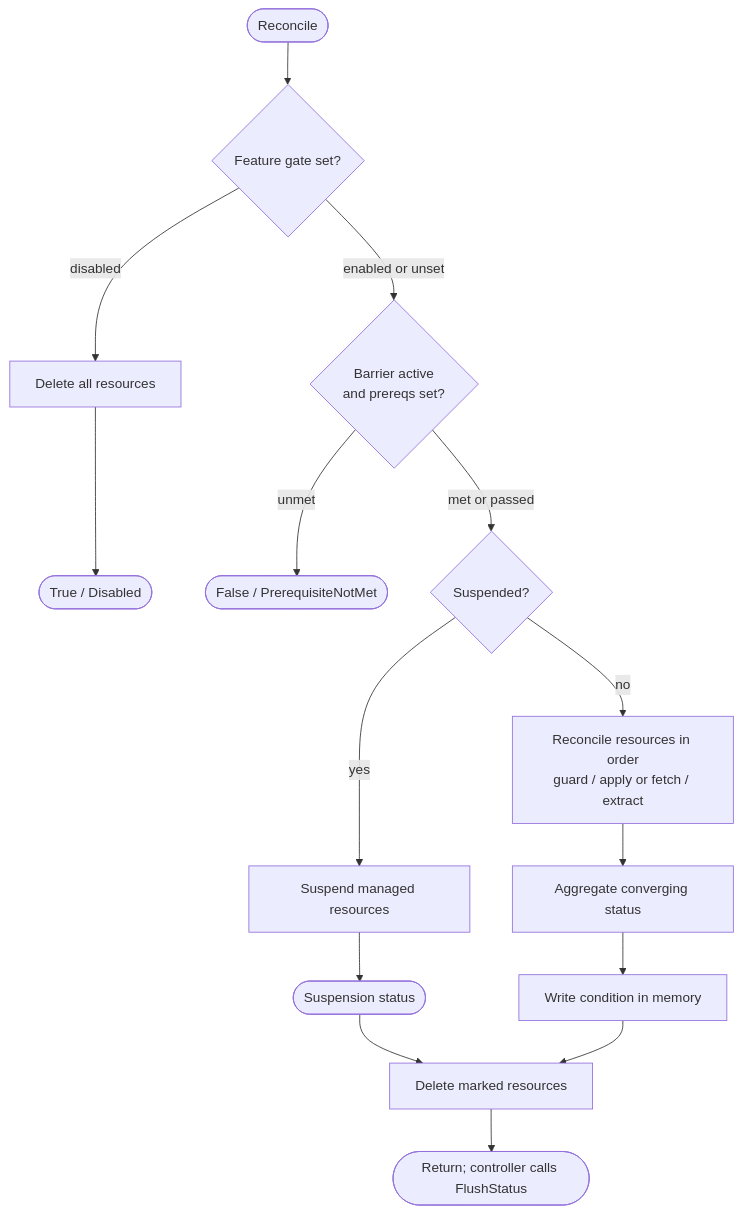
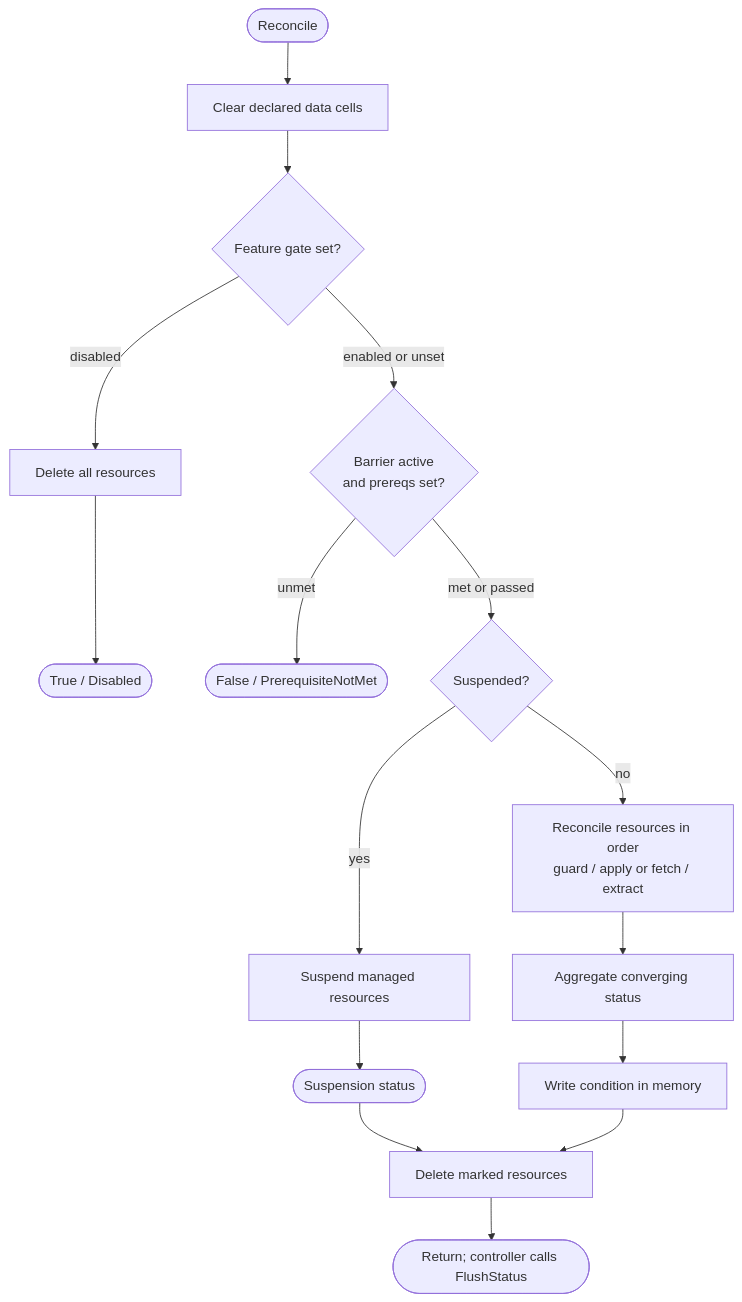
One commit to sourcehawk/operator-component-framework changed the second of 3 diagrams in docs/component.md. Above: the diagram before and after it, drawn with Mermaid. The commit also changed other lines of this file and 144 other files, not shown here.

First line of the commit message:
feat(component)!: declared data extraction with typed cells and topology validation (#165)

````diff
--- a/docs/component.md
+++ b/docs/component.md
@@ -258,14 +261,15 @@
 ```mermaid
 flowchart TD
-    Start([Reconcile]) --> Gate{Feature gate set?}
+    Start([Reconcile]) --> Reset[Clear declared data cells]
+    Reset --> Gate{Feature gate set?}
     Gate -->|disabled| DelAll[Delete all resources] --> Disabled([True / Disabled])
     Gate -->|enabled or unset| Prereq{Barrier active<br/>and prereqs set?}
     Prereq -->|unmet| NotMet([False / PrerequisiteNotMet])
     Prereq -->|met or passed| Susp{Suspended?}
     Susp -->|yes| DoSusp[Suspend managed resources] --> SuspCond([Suspension status]) --> DelMarked
     Susp -->|no| Recon[Reconcile resources in order<br/>guard / apply or fetch / extract]
     Recon --> Agg[Aggregate converging status]
     Agg --> Cond[Write condition in memory]
     Cond --> DelMarked[Delete marked resources]
     DelMarked --> End([Return; controller calls FlushStatus])
 ```
````
